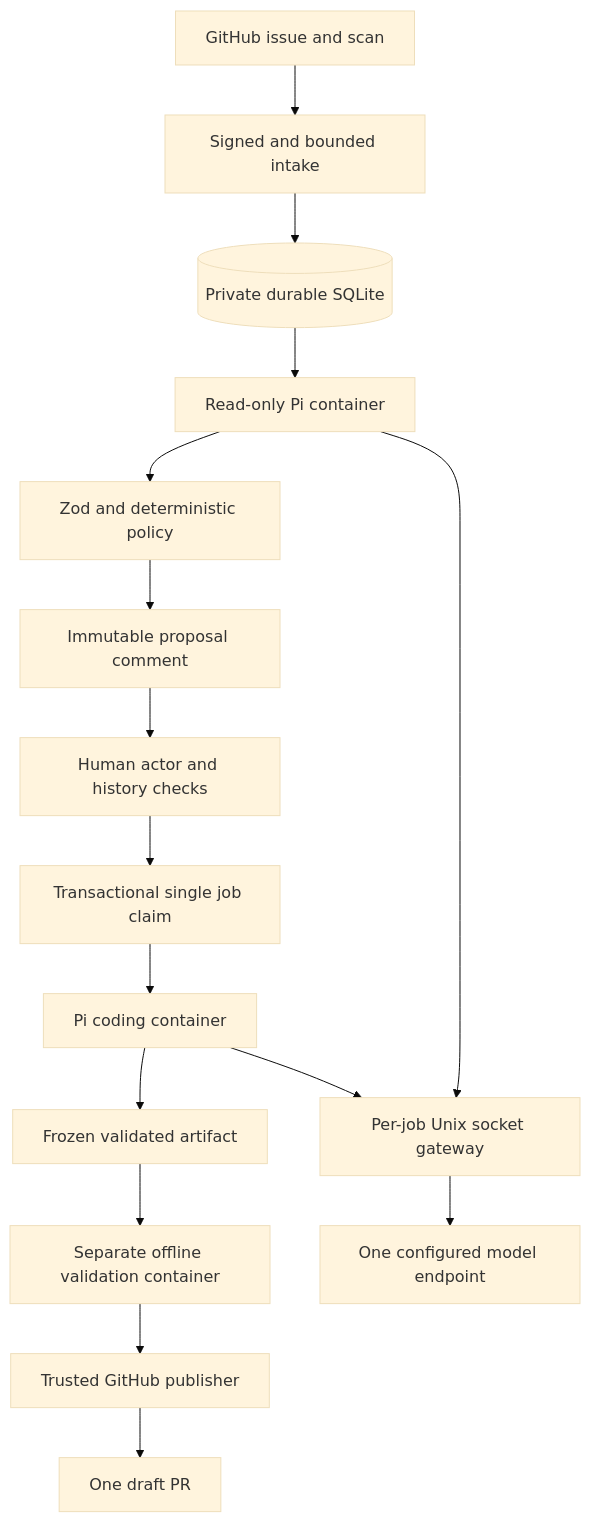
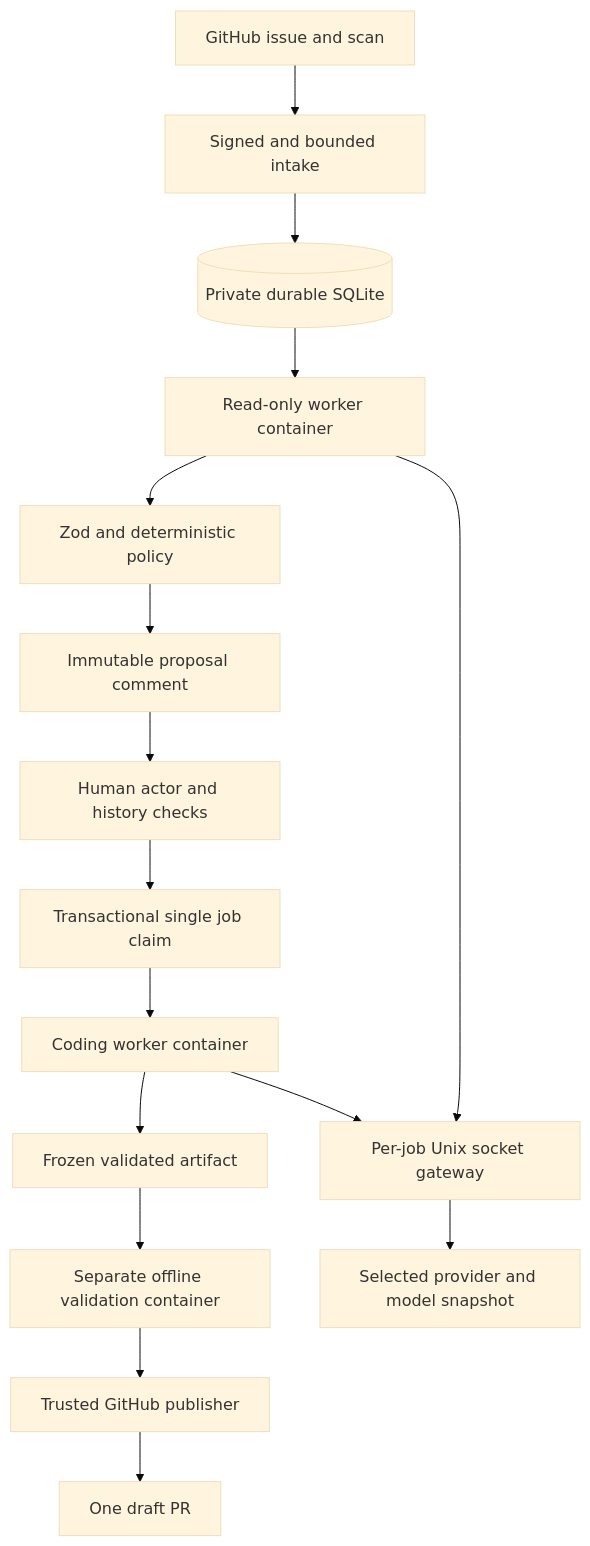
Before and after one commit to narumiruna/reina: the diagram in docs/architecture.md, drawn with Mermaid (base theme). The commit also changed other lines of this file and 51 other files, not shown here.

````diff
--- a/docs/architecture.md
+++ b/docs/architecture.md
@@ -9,18 +85,18 @@
 ```mermaid
 flowchart TD
   GitHub[GitHub issue and scan] --> Intake[Signed and bounded intake]
   Intake --> State[(Private durable SQLite)]
-  State --> Triage[Read-only Pi container]
+  State --> Triage[Read-only worker container]
   Triage --> Policy[Zod and deterministic policy]
   Policy --> Proposal[Immutable proposal comment]
   Proposal --> Approval[Human actor and history checks]
   Approval --> Claim[Transactional single job claim]
-  Claim --> Coding[Pi coding container]
+  Claim --> Coding[Coding worker container]
   Coding --> Frozen[Frozen validated artifact]
   Frozen --> Checks[Separate offline validation container]
   Checks --> Publish[Trusted GitHub publisher]
   Publish --> Draft[One draft PR]
   Triage --> Socket[Per-job Unix socket gateway]
   Coding --> Socket
-  Socket --> Provider[One configured model endpoint]
+  Socket --> Provider[Selected provider and model snapshot]
 ```
````
